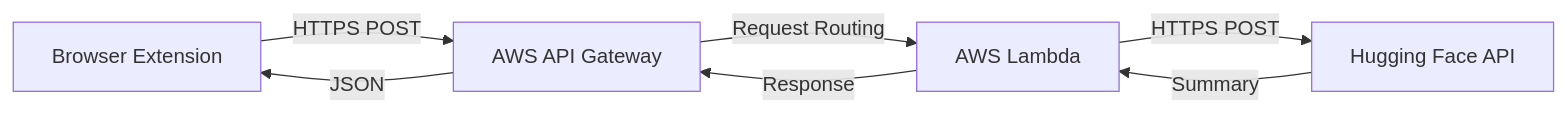
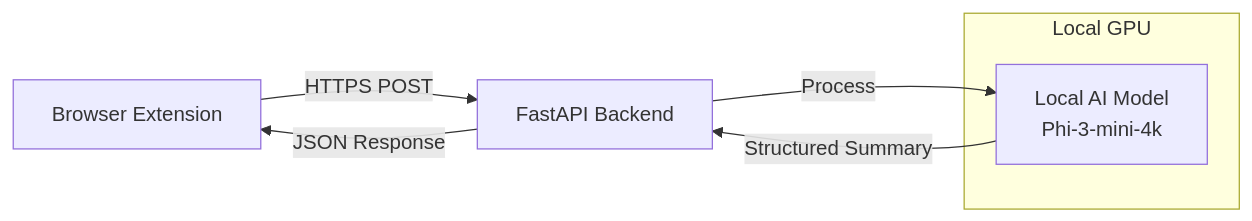
One commit to JeanProvost/TermWiseBackend changed the diagram in README.md. Above: the diagram before and after it, drawn with Mermaid. The commit also changed other lines of this file, not shown here.

````diff
--- a/README.md
+++ b/README.md
@@ -13,9 +13,11 @@
 ```mermaid
 graph LR
-    A[Browser Extension] -->|HTTPS POST| B[AWS API Gateway]
-    B -->|Request Routing| C[AWS Lambda]
-    C -->|HTTPS POST| D[Hugging Face API]
-    D -->|Summary| C
-    C -->|Response| B
-    B -->|JSON| A
+    A[Browser Extension] -->|HTTPS POST| B[FastAPI Backend]
+    B -->|Process| C[Local AI Model<br/>Phi-3-mini-4k]
+    C -->|Structured Summary| B
+    B -->|JSON Response| A
+    
+    subgraph "Local GPU"
+        C
+    end
 ```
````
